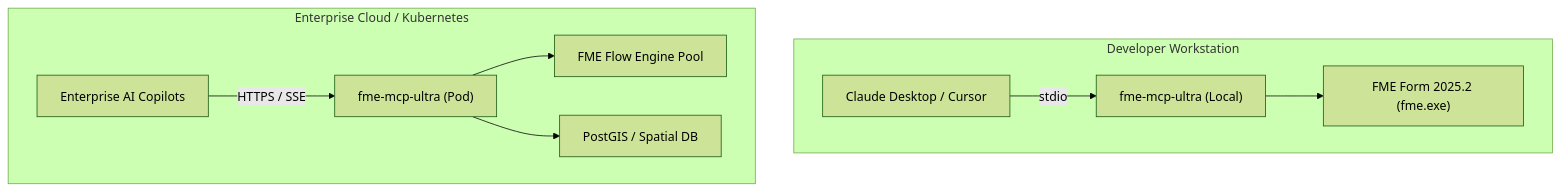
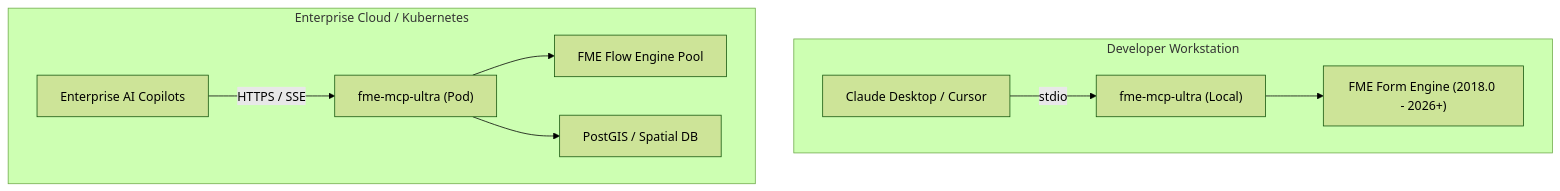
One commit to mwjouini/fme-mcp-ultra changed the diagram in docs/deployment.md. Above: the diagram before and after it, drawn with Mermaid (forest theme). The commit also changed 22 other files, not shown here.

````diff
--- a/docs/deployment.md
+++ b/docs/deployment.md
@@ -13,13 +13,13 @@
 ```mermaid
 flowchart TD
     subgraph Workstation["Developer Workstation"]
         Client1["Claude Desktop / Cursor"] --> |stdio| LocalServer["fme-mcp-ultra (Local)"]
-        LocalServer --> FMEForm["FME Form 2025.2 (fme.exe)"]
+        LocalServer --> FMEForm["FME Form Engine (2018.0 - 2026+)"]
     end
 
     subgraph EnterpriseCloud["Enterprise Cloud / Kubernetes"]
         Client2["Enterprise AI Copilots"] --> |HTTPS / SSE| CloudServer["fme-mcp-ultra (Pod)"]
         CloudServer --> FMEFlow["FME Flow Engine Pool"]
         CloudServer --> PostGIS["PostGIS / Spatial DB"]
     end
 ```
````
